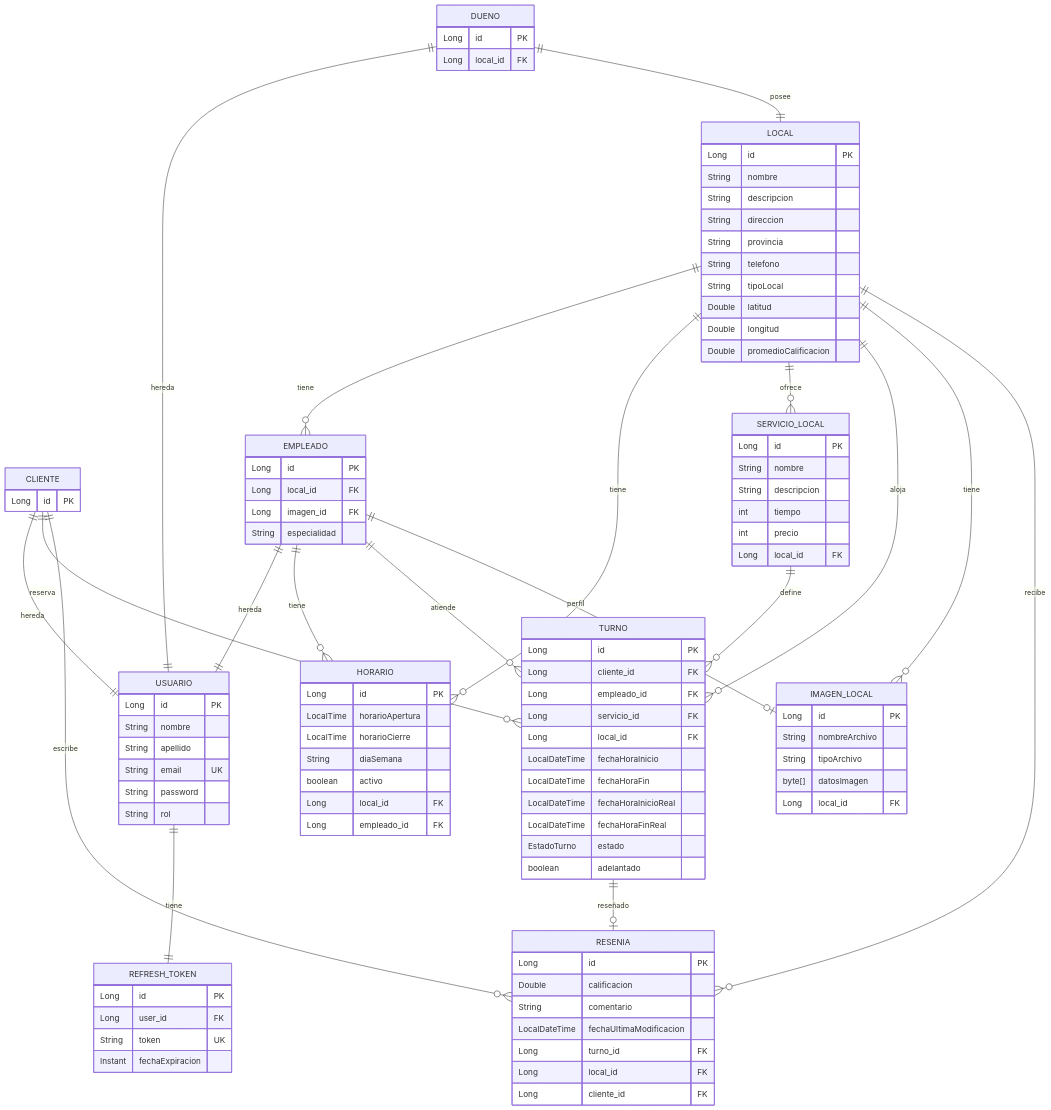
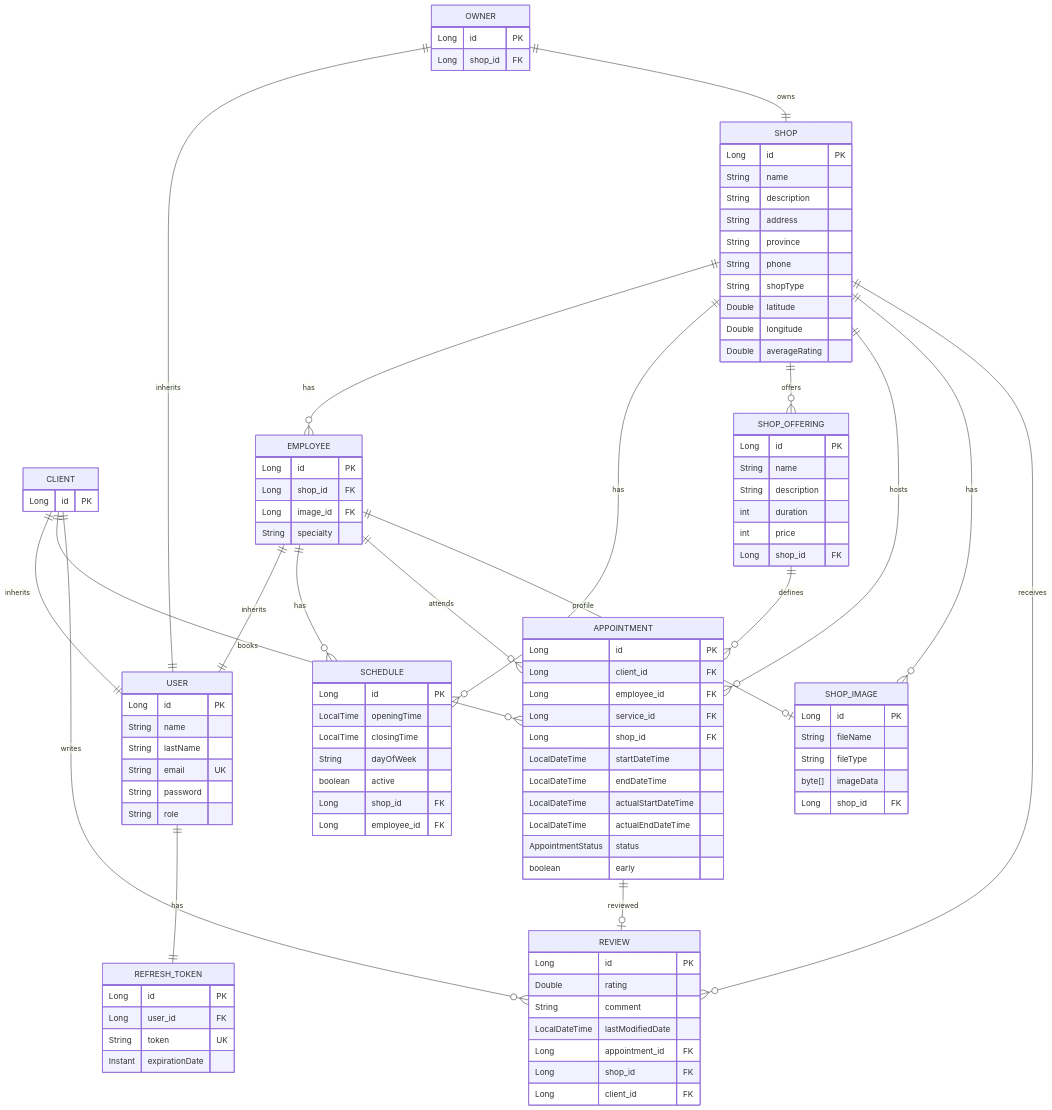
The diagram in README.md (GastonOlt/sistema-turnos-back), drawn with Mermaid before and after one commit. The commit also changed other lines of this file, not shown here.

````diff
--- a/README.md
+++ b/README.md
@@ -187,118 +187,118 @@
 ```mermaid
 erDiagram
-    USUARIO {
+    USER {
         Long id PK
-        String nombre
-        String apellido
+        String name
+        String lastName
         String email UK
         String password
-        String rol
+        String role
     }
 
-    CLIENTE ||--|| USUARIO : "hereda"
-    DUENO ||--|| USUARIO : "hereda"
-    EMPLEADO ||--|| USUARIO : "hereda"
+    CLIENT ||--|| USER : "inherits"
+    OWNER ||--|| USER : "inherits"
+    EMPLOYEE ||--|| USER : "inherits"
 
-    CLIENTE {
+    CLIENT {
         Long id PK
     }
 
-    DUENO {
+    OWNER {
         Long id PK
-        Long local_id FK
+        Long shop_id FK
     }
 
-    EMPLEADO {
+    EMPLOYEE {
         Long id PK
-        Long local_id FK
-        Long imagen_id FK
-        String especialidad
+        Long shop_id FK
+        Long image_id FK
+        String specialty
     }
 
-    LOCAL {
+    SHOP {
         Long id PK
-        String nombre
-        String descripcion
-        String direccion
-        String provincia
-        String telefono
-        String tipoLocal
-        Double latitud
-        Double longitud
-        Double promedioCalificacion
+        String name
+        String description
+        String address
+        String province
+        String phone
+        String shopType
+        Double latitude
+        Double longitude
+        Double averageRating
     }
 
-    HORARIO {
+    SCHEDULE {
         Long id PK
-        LocalTime horarioApertura
-        LocalTime horarioCierre
-        String diaSemana
-        boolean activo
-        Long local_id FK
-        Long empleado_id FK
+        LocalTime openingTime
+        LocalTime closingTime
+        String dayOfWeek
+        boolean active
+        Long shop_id FK
+        Long employee_id FK
     }
 
-    SERVICIO_LOCAL {
+    SHOP_OFFERING {
         Long id PK
-        String nombre
-        String descripcion
-        int tiempo
-        int precio
-        Long local_id FK
+        String name
+        String description
+        int duration
+        int price
+        Long shop_id FK
     }
 
-    TURNO {
+    APPOINTMENT {
         Long id PK
-        Long cliente_id FK
-        Long empleado_id FK
-        Long servicio_id FK
-        Long local_id FK
-        LocalDateTime fechaHoraInicio
-        LocalDateTime fechaHoraFin
-        LocalDateTime fechaHoraInicioReal
-        LocalDateTime fechaHoraFinReal
-        EstadoTurno estado
-        boolean adelantado
+        Long client_id FK
+        Long employee_id FK
+        Long service_id FK
+        Long shop_id FK
+        LocalDateTime startDateTime
+        LocalDateTime endDateTime
+        LocalDateTime actualStartDateTime
+        LocalDateTime actualEndDateTime
+        AppointmentStatus status
+        boolean early
     }
 
-    IMAGEN_LOCAL {
+    SHOP_IMAGE {
         Long id PK
-        String nombreArchivo
-        String tipoArchivo
-        byte[] datosImagen
-        Long local_id FK
+        String fileName
+        String fileType
+        byte[] imageData
+        Long shop_id FK
     }
 
-    RESENIA {
+    REVIEW {
         Long id PK
-        Double calificacion
-        String comentario
-        LocalDateTime fechaUltimaModificacion
-        Long turno_id FK
-        Long local_id FK
-        Long cliente_id FK
+        Double rating
+        String comment
+        LocalDateTime lastModifiedDate
+        Long appointment_id FK
+        Long shop_id FK
+        Long client_id FK
     }
 
     REFRESH_TOKEN {
         Long id PK
         Long user_id FK
         String token UK
-        Instant fechaExpiracion
+        Instant expirationDate
     }
 
-    DUENO ||--|| LOCAL : "posee"
-    LOCAL ||--o{ EMPLEADO : "tiene"
-    LOCAL ||--o{ HORARIO : "tiene"
-    LOCAL ||--o{ SERVICIO_LOCAL : "ofrece"
-    LOCAL ||--o{ TURNO : "aloja"
-    LOCAL ||--o{ IMAGEN_LOCAL : "tiene"
-    EMPLEADO ||--o{ HORARIO : "tiene"
-    EMPLEADO ||--o{ TURNO : "atiende"
-    EMPLEADO ||--o| IMAGEN_LOCAL : "perfil"
-    CLIENTE ||--o{ TURNO : "reserva"
-    CLIENTE ||--o{ RESENIA : "escribe"
-    LOCAL ||--o{ RESENIA : "recibe"
-    TURNO ||--o| RESENIA : "reseñado"
-    SERVICIO_LOCAL ||--o{ TURNO : "define"
-    USUARIO ||--|| REFRESH_TOKEN : "tiene"
+    OWNER ||--|| SHOP : "owns"
+    SHOP ||--o{ EMPLOYEE : "has"
+    SHOP ||--o{ SCHEDULE : "has"
+    SHOP ||--o{ SHOP_OFFERING : "offers"
+    SHOP ||--o{ APPOINTMENT : "hosts"
+    SHOP ||--o{ SHOP_IMAGE : "has"
+    EMPLOYEE ||--o{ SCHEDULE : "has"
+    EMPLOYEE ||--o{ APPOINTMENT : "attends"
+    EMPLOYEE ||--o| SHOP_IMAGE : "profile"
+    CLIENT ||--o{ APPOINTMENT : "books"
+    CLIENT ||--o{ REVIEW : "writes"
+    SHOP ||--o{ REVIEW : "receives"
+    APPOINTMENT ||--o| REVIEW : "reviewed"
+    SHOP_OFFERING ||--o{ APPOINTMENT : "defines"
+    USER ||--|| REFRESH_TOKEN : "has"
 ```
````
